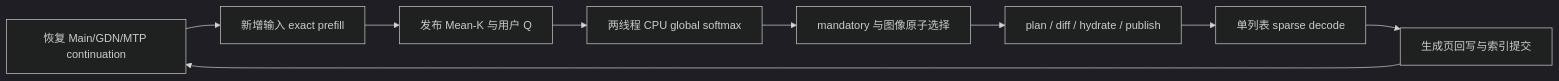
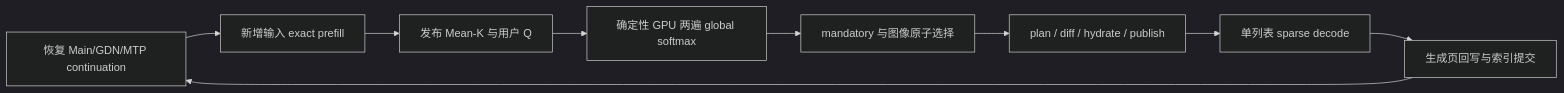
Before and after one commit to aurawing/ninfer-4090: the diagram in docs/kvmem/stage4-sparse-decode-design.zh-CN.md, drawn with Mermaid (dark theme). The commit also changed other lines of this file and 4 other files, not shown here.

````diff
--- a/docs/kvmem/stage4-sparse-decode-design.zh-CN.md
+++ b/docs/kvmem/stage4-sparse-decode-design.zh-CN.md
@@ -17,11 +17,11 @@
 ```mermaid
 flowchart LR
   A[恢复 Main/GDN/MTP continuation] --> B[新增输入 exact prefill]
   B --> C[发布 Mean-K 与用户 Q]
-  C --> D[两线程 CPU global softmax]
+  C --> D[确定性 GPU 两遍 global softmax]
   D --> E[mandatory 与图像原子选择]
   E --> F[plan / diff / hydrate / publish]
   F --> G[单列表 sparse decode]
   G --> H[生成页回写与索引提交]
   H --> A
 ```
````
